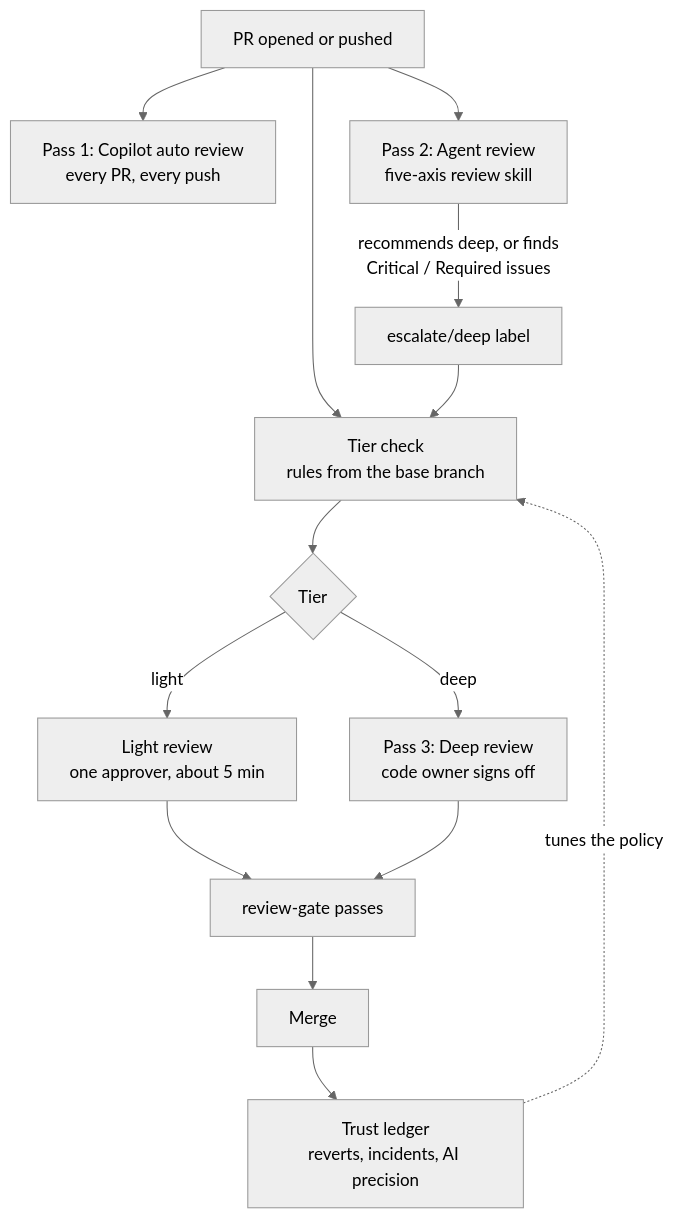
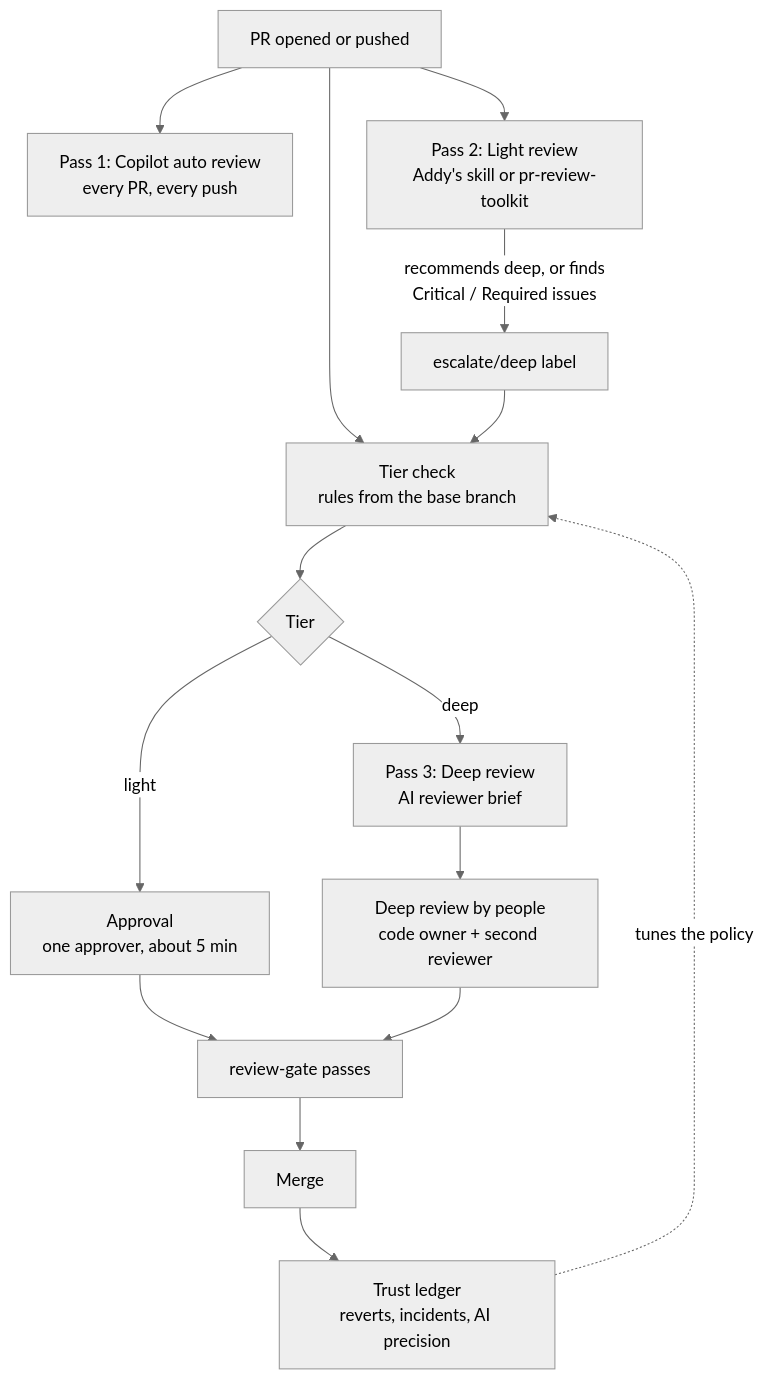
The diagram in guide/docs/02-the-flow.md (lmagsino/three-pass-review), drawn with Mermaid (neutral theme) before and after one commit. The commit also changed other lines of this file and 7 other files, not shown here.

First line of the commit message:
Guide: the flow, routing, setup and rollout use the new passes

````diff
--- a/guide/docs/02-the-flow.md
+++ b/guide/docs/02-the-flow.md
@@ -5,16 +5,17 @@
 ```mermaid
 flowchart TD
     A["PR opened or pushed"] --> T["Tier check<br/>rules from the base branch"]
     A --> C["Pass 1: Copilot auto review<br/>every PR, every push"]
-    A --> G["Pass 2: Agent review<br/>five-axis review skill"]
+    A --> G["Pass 2: Light review<br/>Addy's skill or pr-review-toolkit"]
     G -- "recommends deep, or finds<br/>Critical / Required issues" --> E["escalate/deep label"]
     E --> T
     T --> R{"Tier"}
-    R -- light --> L["Light review<br/>one approver, about 5 min"]
-    R -- deep --> D["Pass 3: Deep review<br/>code owner signs off"]
+    R -- light --> L["Approval<br/>one approver, about 5 min"]
+    R -- deep --> B["Pass 3: Deep review<br/>AI reviewer brief"]
+    B --> D["Deep review by people<br/>code owner + second reviewer"]
     L --> Q["review-gate passes"]
     D --> Q
     Q --> M["Merge"]
     M --> K["Trust ledger<br/>reverts, incidents, AI precision"]
     K -. "tunes the policy" .-> T
 ```
````
